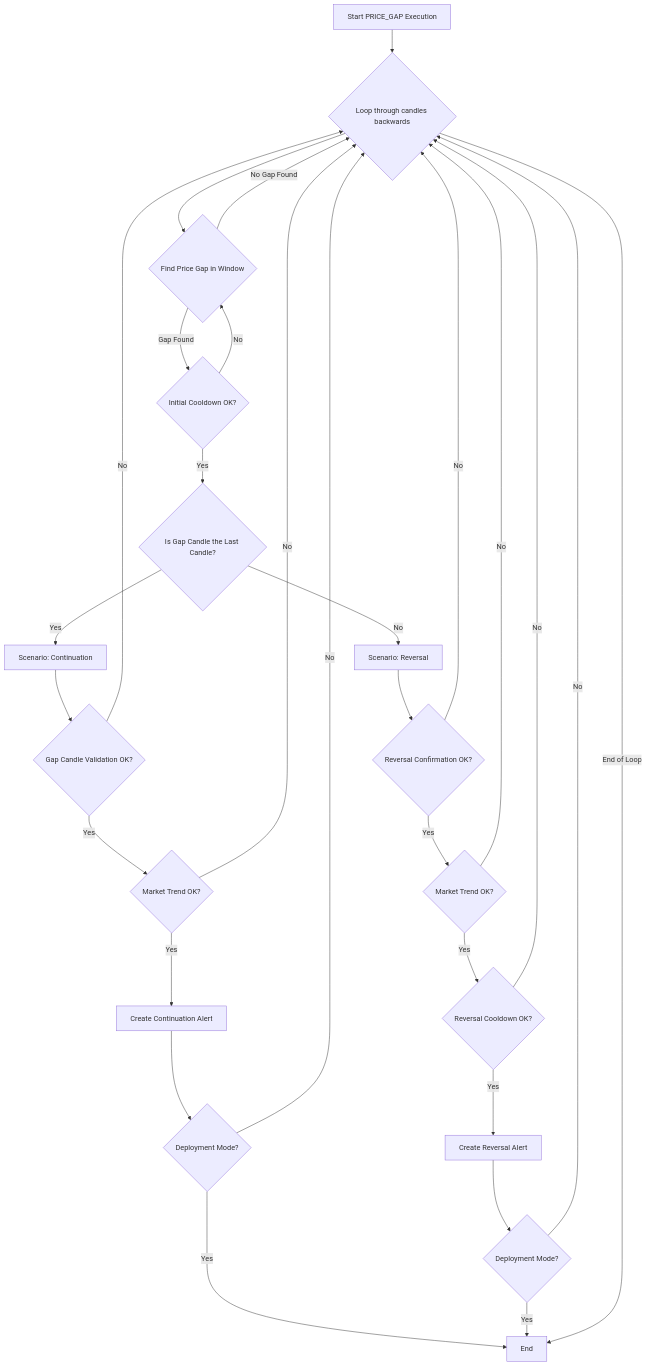
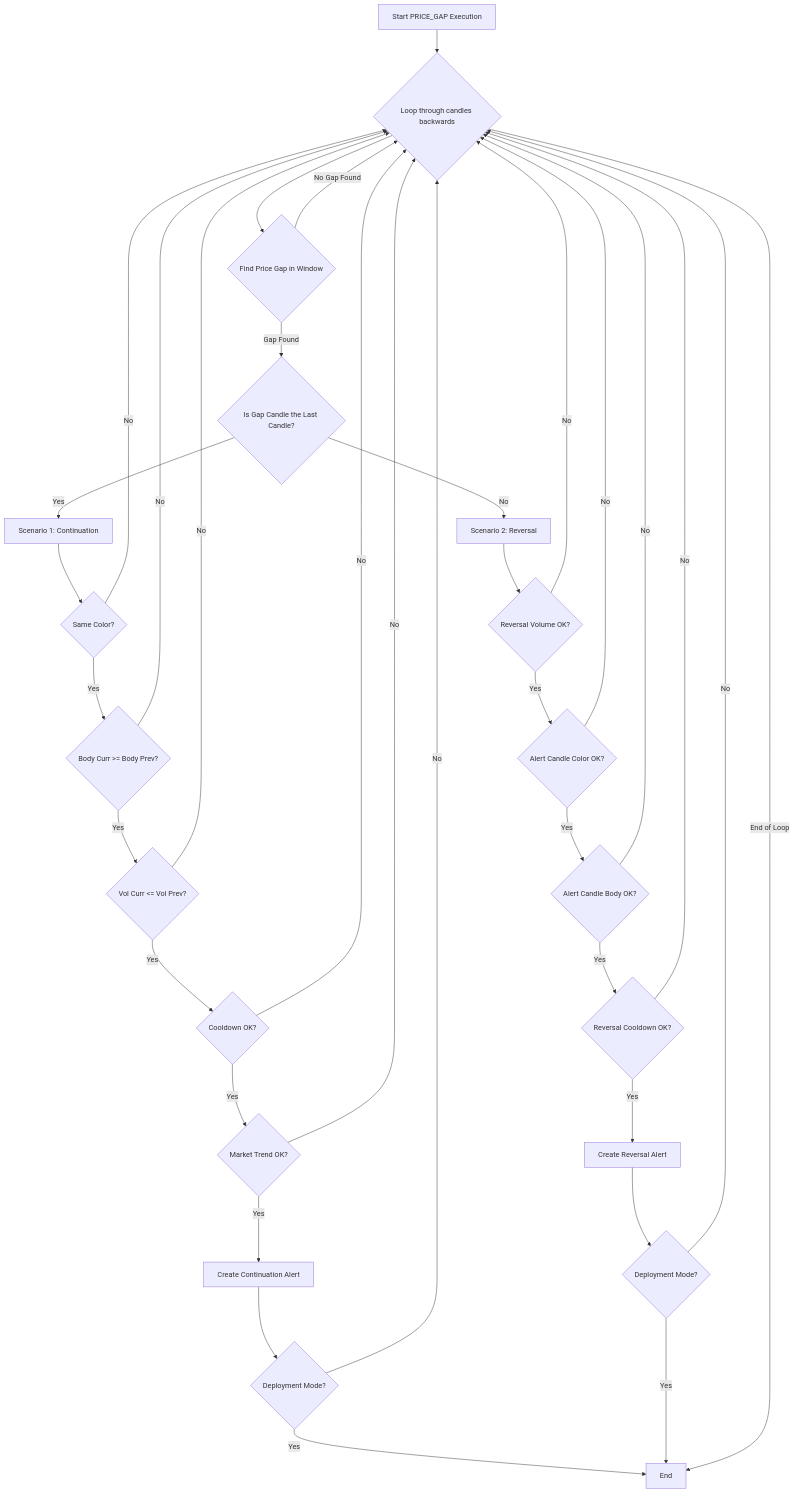
The diagram in docs/algorithms/PRICE_GAP.md (haud-tech-org/stock_trading), drawn with Mermaid before and after one commit. The commit also changed other lines of this file and 3 other files, not shown here.

````diff
--- a/docs/algorithms/PRICE_GAP.md
+++ b/docs/algorithms/PRICE_GAP.md
@@ -58,33 +66,39 @@
 ```mermaid
 graph TD
     A[Start PRICE_GAP Execution] --> B{Loop through candles backwards};
     B --> C{Find Price Gap in Window};
     C -- No Gap Found --> B;
-    C -- Gap Found --> D{Initial Cooldown OK?};
-    D -- No --> C;
-    D -- Yes --> E{Is Gap Candle the Last Candle?};
+    C -- Gap Found --> E{Is Gap Candle the Last Candle?};
     
-    E -- Yes --> F[Scenario: Continuation];
-    F --> G{Gap Candle Validation OK?};
-    G -- No --> B;
-    G -- Yes --> H{Market Trend OK?};
-    H -- No --> B;
-    H -- Yes --> I[Create Continuation Alert];
-    I --> J{Deployment Mode?};
-    J -- Yes --> Z[End];
-    J -- No --> B;
+    E -- Yes --> F[Scenario 1: Continuation];
+    F --> F1{Same Color?};
+    F1 -- No --> B;
+    F1 -- Yes --> F2{Body Curr >= Body Prev?};
+    F2 -- No --> B;
+    F2 -- Yes --> F3{Vol Curr <= Vol Prev?};
+    F3 -- No --> B;
+    F3 -- Yes --> F4{Cooldown OK?};
+    F4 -- No --> B;
+    F4 -- Yes --> F5{Market Trend OK?};
+    F5 -- No --> B;
+    F5 -- Yes --> F6[Create Continuation Alert];
+    F6 --> F7{Deployment Mode?};
+    F7 -- Yes --> Z[End];
+    F7 -- No --> B;
 
-    E -- No --> K[Scenario: Reversal];
-    K --> L{Reversal Confirmation OK?};
-    L -- No --> B;
-    L -- Yes --> M{Market Trend OK?};
-    M -- No --> B;
-    M -- Yes --> N{Reversal Cooldown OK?};
-    N -- No --> B;
-    N -- Yes --> O[Create Reversal Alert];
-    O --> P{Deployment Mode?};
-    P -- Yes --> Z;
-    P -- No --> B;
+    E -- No --> K[Scenario 2: Reversal];
+    K --> K1{Reversal Volume OK?};
+    K1 -- No --> B;
+    K1 -- Yes --> K2{Alert Candle Color OK?};
+    K2 -- No --> B;
+    K2 -- Yes --> K3{Alert Candle Body OK?};
+    K3 -- No --> B;
+    K3 -- Yes --> K4{Reversal Cooldown OK?};
+    K4 -- No --> B;
+    K4 -- Yes --> K5[Create Reversal Alert];
+    K5 --> K6{Deployment Mode?};
+    K6 -- Yes --> Z;
+    K6 -- No --> B;
 
     B -- End of Loop --> Z;
 ```
````
